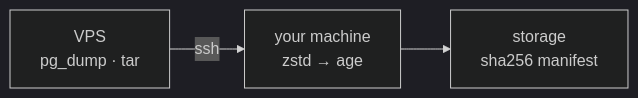
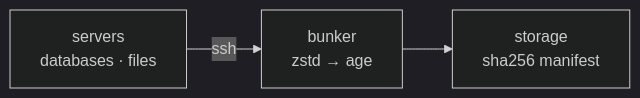
One commit to kushal1o1/bunker changed the diagram in docs/index.md. Above: the diagram before and after it, drawn with Mermaid (dark theme). The commit also changed other lines of this file and 3 other files, not shown here.

Commit message:
docs: add roadmap and  update docs

````diff
--- a/docs/index.md
+++ b/docs/index.md
@@ -16,4 +16,4 @@
 ```mermaid
 flowchart LR
-    A["VPS<br/>pg_dump · tar"] -->|ssh| B["your machine<br/>zstd → age"] --> C["storage<br/>sha256 manifest"]
+    A["servers<br/>databases · files"] -->|ssh| B["bunker<br/>zstd → age"] --> C["storage<br/>sha256 manifest"]
 ```
````
